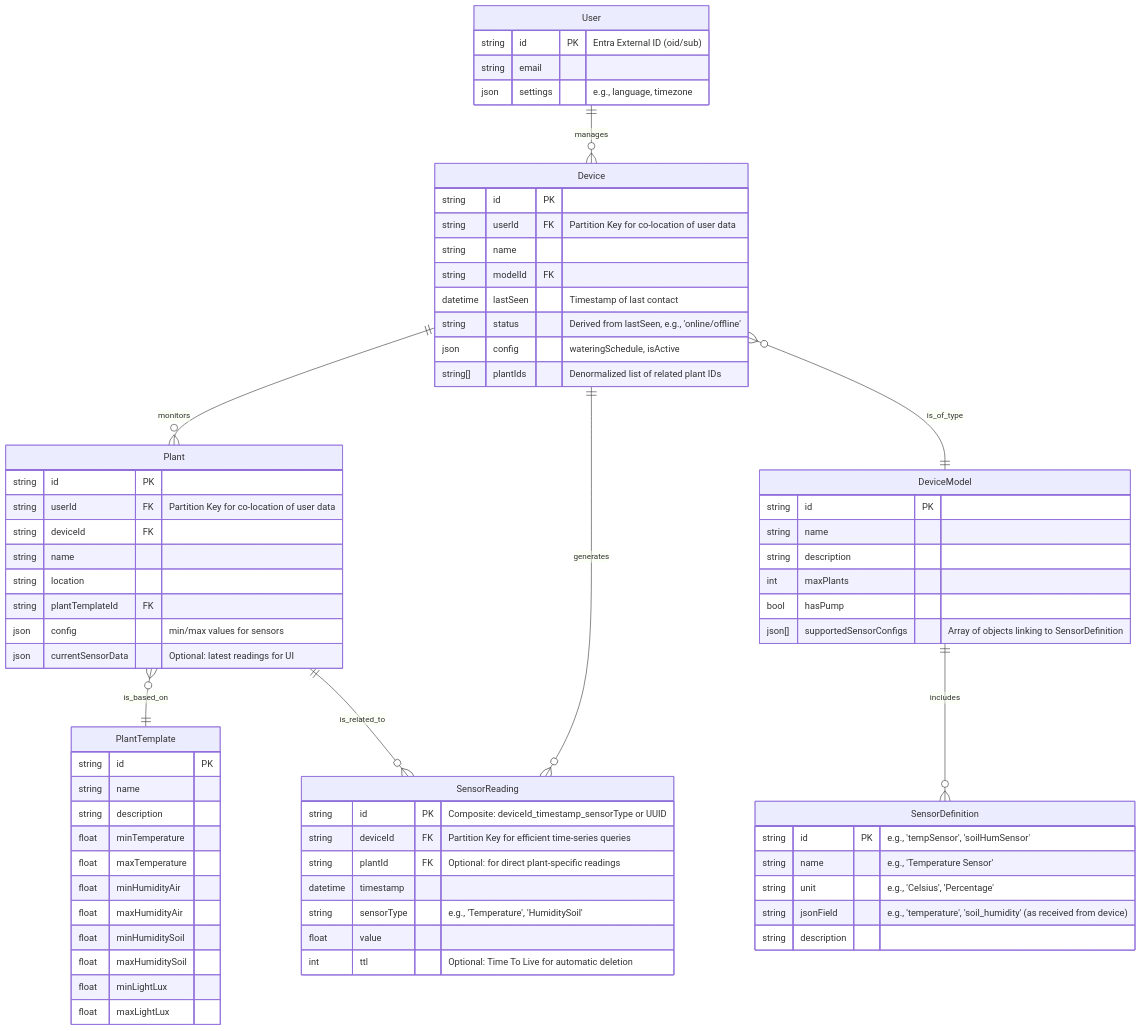
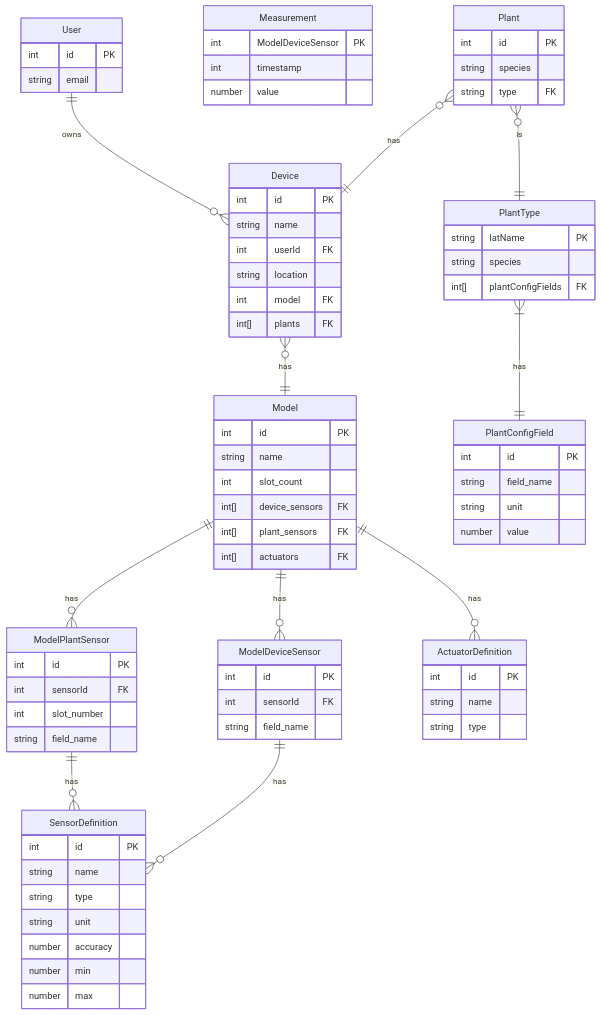
The diagram in doc/diagrams/db.mermaid (VadimSokow/Plantmatic), drawn with Mermaid before and after one commit. The commit also changed 2 other files, not shown here.

```diff
--- a/doc/diagrams/db.mermaid
+++ b/doc/diagrams/db.mermaid
@@ -1,77 +1,94 @@
 erDiagram
-    User ||--o{ Device : manages
-    Device ||--o{ Plant : monitors
-    Device }o--|| DeviceModel : is_of_type
-    Plant }o--|| PlantTemplate : is_based_on
-    Device ||--o{ SensorReading : generates
-    Plant ||--o{ SensorReading : is_related_to
-    DeviceModel ||--o{ SensorDefinition : includes
+    Device }o--|| Model: has
+    Model ||--o{ ModelDeviceSensor: has
+    Model ||--o{ ModelPlantSensor: has
+    Model ||--o{ ActuatorDefinition: has
+    ModelDeviceSensor ||--o{ SensorDefinition: has
+    ModelPlantSensor ||--o{ SensorDefinition: has
+    Plant }o--|| Device: has
 
-    User {
-        string id PK "Entra External ID (oid/sub)"
-        string email
-        json settings "e.g., language, timezone"
+    Device {
+        int id PK
+        string name
+        int userId FK
+        string location
+        int model FK
+        int[] plants FK
     }
 
-    Device {
-        string id PK
-        string userId FK "Partition Key for co-location of user data"
+    Model {
+        int id PK
         string name
-        string modelId FK
-        datetime lastSeen "Timestamp of last contact"
-        string status "Derived from lastSeen, e.g., 'online/offline'"
-        json config "wateringSchedule, isActive"
-        string[] plantIds "Denormalized list of related plant IDs"
+        int slot_count
+        int[] device_sensors FK
+        int[] plant_sensors FK
+        int[] actuators FK
+    }
+
+    ModelDeviceSensor {
+        int id PK
+        int sensorId FK
+        string field_name
+    }
+
+    ModelPlantSensor {
+        int id PK
+        int sensorId FK
+        int slot_number
+    %% Der Name des Felds im JSON
+    %% Bsp:
+    %% manfred: "30c"
+        string field_name
+    }
+
+    SensorDefinition {
+        int id PK
+        string name
+        string type
+        string unit
+        number accuracy
+        number min
+        number max
+    }
+
+    ActuatorDefinition {
+        int id PK
+        string name
+        string type
     }
 
     Plant {
-        string id PK
-        string userId FK "Partition Key for co-location of user data"
-        string deviceId FK
-        string name
-        string location
-        string plantTemplateId FK
-        json config "min/max values for sensors"
-        json currentSensorData "Optional: latest readings for UI"
+        int id PK
+        string species
+        string type FK
     }
 
-    DeviceModel {
-        string id PK
-        string name
-        string description
-        int maxPlants
-        bool hasPump
-        json[] supportedSensorConfigs "Array of objects linking to SensorDefinition"
+    Plant }o--|| PlantType: is
+
+    PlantType {
+        string latName PK
+        string species
+        int[] plantConfigFields FK
     }
 
-    PlantTemplate {
-        string id PK
-        string name
-        string description
-        float minTemperature
-        float maxTemperature
-        float minHumidityAir
-        float maxHumidityAir
-        float minHumiditySoil
-        float maxHumiditySoil
-        float minLightLux
-        float maxLightLux
+    PlantType }|--|| PlantConfigField: has
+
+    PlantConfigField {
+        int id PK
+        string field_name
+        string unit
+        number value
     }
 
-    SensorDefinition {
-        string id PK "e.g., 'tempSensor', 'soilHumSensor'"
-        string name "e.g., 'Temperature Sensor'"
-        string unit "e.g., 'Celsius', 'Percentage'"
-        string jsonField "e.g., 'temperature', 'soil_humidity' (as received from device)"
-        string description
+    Measurement {
+        int ModelDeviceSensor PK
+        int timestamp
+        number value
     }
 
-    SensorReading {
-        string id PK "Composite: deviceId_timestamp_sensorType or UUID"
-        string deviceId FK "Partition Key for efficient time-series queries"
-        string plantId FK "Optional: for direct plant-specific readings"
-        datetime timestamp
-        string sensorType "e.g., 'Temperature', 'HumiditySoil'"
-        float value
-        int ttl "Optional: Time To Live for automatic deletion"
+    User {
+        int id PK
+        string email
     }
+
+    User ||--o{ Device: owns
```
